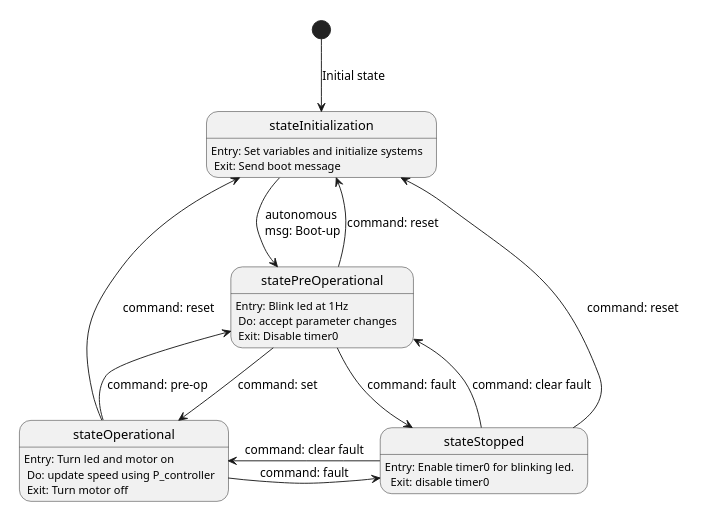
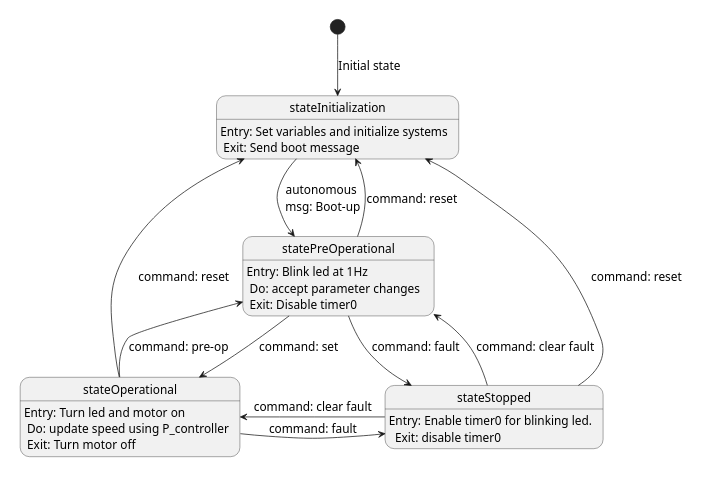
Before and after one commit to JonkiTroll/Embedded_Systems: the diagram in Group_project_3/docs/diagrams/src/state.puml, drawn with PlantUML. The commit also changed 1 other file, not shown here.

Commit message:
project 3 diagram

```diff
--- a/Group_project_3/docs/diagrams/src/state.puml
+++ b/Group_project_3/docs/diagrams/src/state.puml
@@ -1,23 +1,24 @@
 @startuml
 'https://plantuml.com/state-diagram
 
 scale 350 width
+skinparam defaultFontSize 16
 
 stateInitialization:        Entry: Set variables and initialize systems\n Exit: Send boot message
 statePreOperational:        Entry: Blink led at 1Hz  \n Do: accept parameter changes \n Exit: Disable timer0
 stateOperational:           Entry: Turn led and motor on\n Do: update speed using P_controller\n Exit: Turn motor off
 stateStopped:               Entry: Enable timer0 for blinking led.\n  Exit: disable timer0
 
 [*]-down->stateInitialization: Initial state
 stateInitialization -down-> statePreOperational: autonomous\n msg: Boot-up
 statePreOperational -up-> stateInitialization: command: reset
 statePreOperational -down-> stateOperational: command: set
 statePreOperational -down-> stateStopped: command: fault
 stateStopped -up-> statePreOperational: command: clear fault
 stateOperational -up-> statePreOperational: command: pre-op
 stateOperational -up-> stateInitialization: command: reset
 stateOperational -right-> stateStopped: command: fault
 stateStopped -right-> stateOperational: command: clear fault
 stateStopped -> stateInitialization: command: reset
 
 @enduml
```
